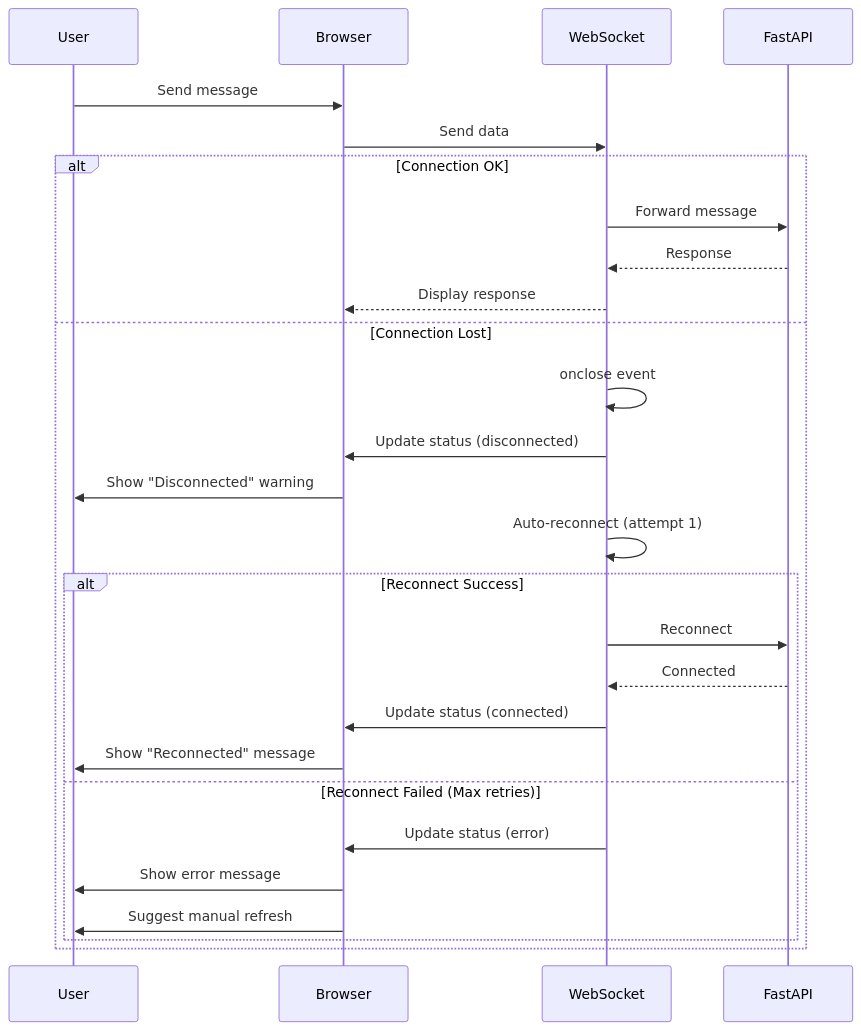
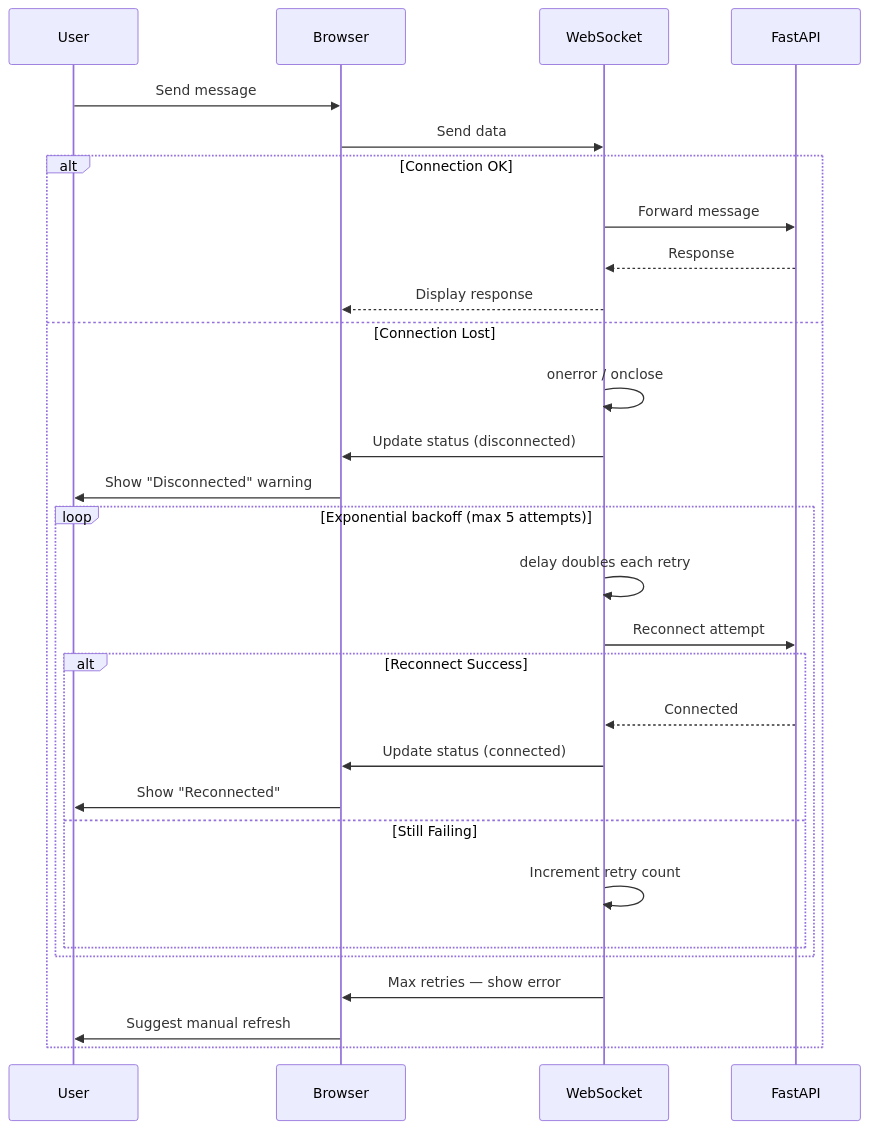
Diagram 25 of 31 in docs/DIAGRAMS.md (saikiranaravala/PersonalizedVoiceLocationAwareAgent), drawn with Mermaid before and after one commit. The commit also changed other lines of this file and 4 other files, not shown here.

````diff
--- a/docs/DIAGRAMS.md
+++ b/docs/DIAGRAMS.md
@@ -646,32 +827,33 @@
 ```mermaid
 sequenceDiagram
     participant User
     participant Browser
     participant WebSocket
     participant FastAPI
-    
+
     User->>Browser: Send message
     Browser->>WebSocket: Send data
-    
+
     alt Connection OK
         WebSocket->>FastAPI: Forward message
         FastAPI-->>WebSocket: Response
         WebSocket-->>Browser: Display response
     else Connection Lost
-        WebSocket->>WebSocket: onclose event
+        WebSocket->>WebSocket: onerror / onclose
         WebSocket->>Browser: Update status (disconnected)
         Browser->>User: Show "Disconnected" warning
-        WebSocket->>WebSocket: Auto-reconnect (attempt 1)
-        
-        alt Reconnect Success
-            WebSocket->>FastAPI: Reconnect
-            FastAPI-->>WebSocket: Connected
-            WebSocket->>Browser: Update status (connected)
-            Browser->>User: Show "Reconnected" message
-        else Reconnect Failed (Max retries)
-            WebSocket->>Browser: Update status (error)
-            Browser->>User: Show error message
-            Browser->>User: Suggest manual refresh
+        loop Exponential backoff (max 5 attempts)
+            WebSocket->>WebSocket: delay doubles each retry
+            WebSocket->>FastAPI: Reconnect attempt
+            alt Reconnect Success
+                FastAPI-->>WebSocket: Connected
+                WebSocket->>Browser: Update status (connected)
+                Browser->>User: Show "Reconnected"
+            else Still Failing
+                WebSocket->>WebSocket: Increment retry count
+            end
         end
+        WebSocket->>Browser: Max retries — show error
+        Browser->>User: Suggest manual refresh
     end
 ```
````
